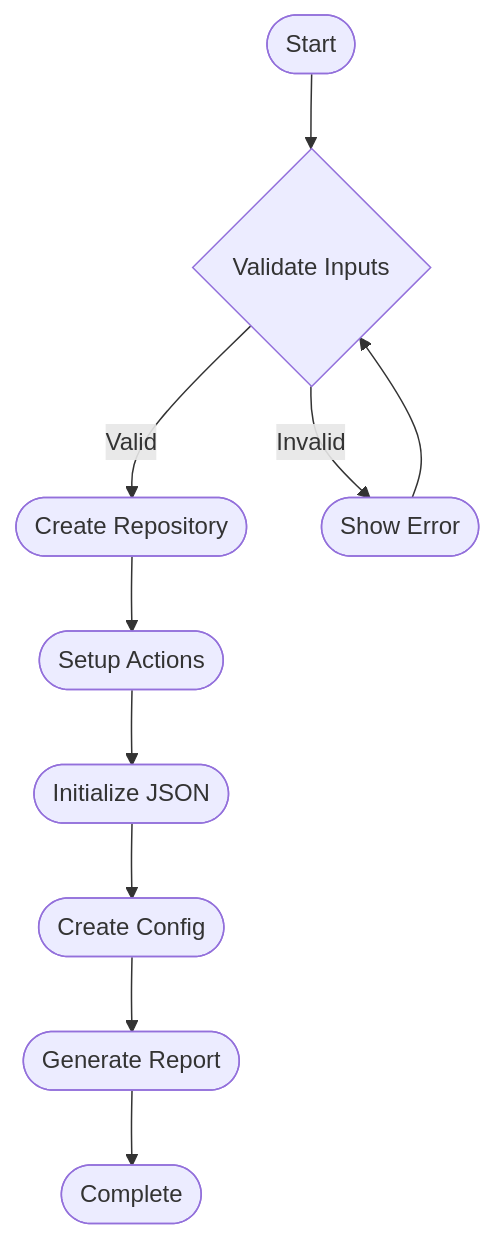
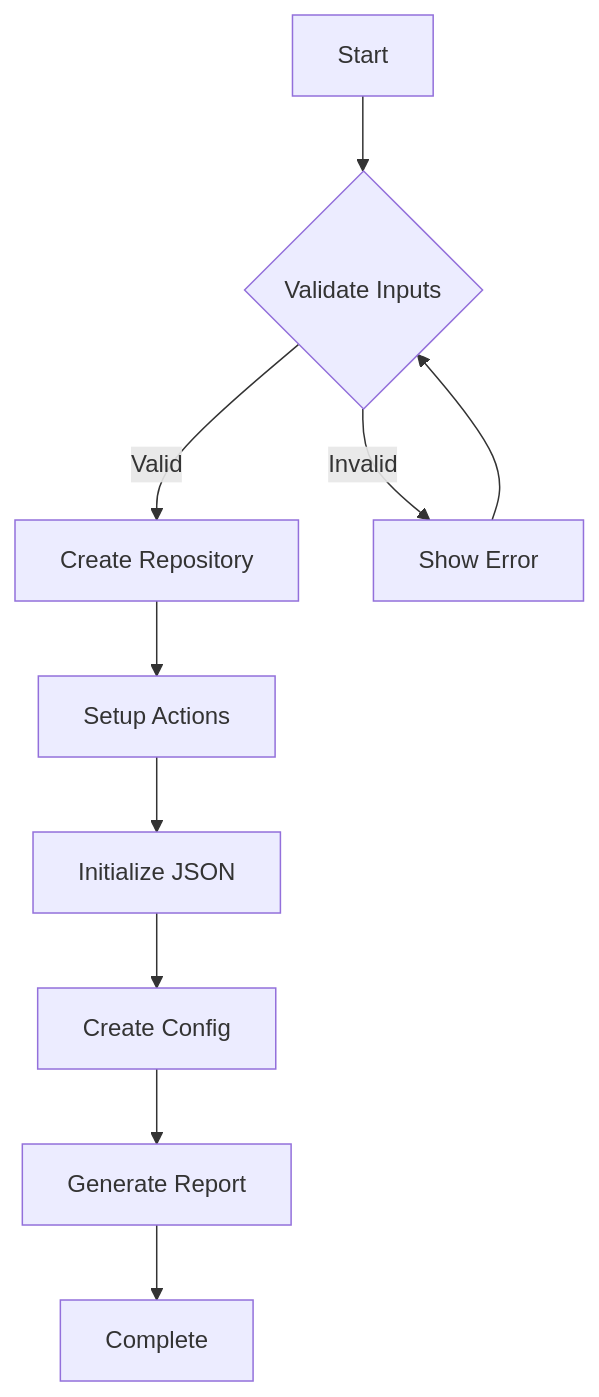
One commit to Shakour-Data/AutoProjectManagement changed the third of 11 diagrams in README.md. Above: the diagram before and after it, drawn with Mermaid. The commit also changed other lines of this file, not shown here.

Commit message:
`Update README.md with revised Mermaid diagrams for system architecture, project initialization, wiki synchronization, task management, and progress tracking processes.`

````diff
--- a/README.md
+++ b/README.md
@@ -53,12 +53,12 @@
 ```mermaid
 flowchart TD
-    A([Start]) --> B{Validate Inputs}
-    B -->|Valid| C([Create Repository])
-    B -->|Invalid| D([Show Error])
-    D --> B
-    C --> E([Setup Actions])
-    E --> F([Initialize JSON])
-    F --> G([Create Config])
-    G --> H([Generate Report])
-    H --> I([Complete])
+    Start[Start] --> Validate{Validate Inputs}
+    Validate -->|Valid| CreateRepo[Create Repository]
+    Validate -->|Invalid| ShowError[Show Error]
+    ShowError --> Validate
+    CreateRepo --> SetupActions[Setup Actions]
+    SetupActions --> InitJSON[Initialize JSON]
+    InitJSON --> CreateConfig[Create Config]
+    CreateConfig --> GenReport[Generate Report]
+    GenReport --> Complete[Complete]
 ```
````
